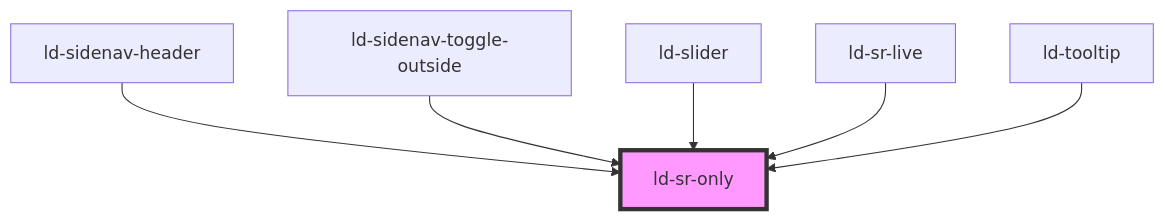
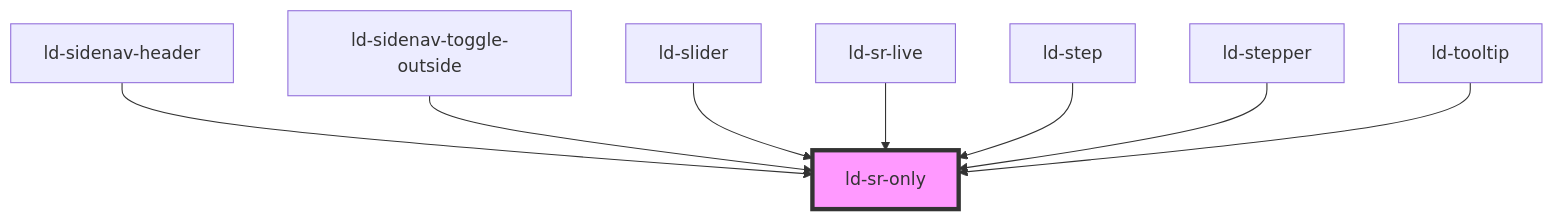
The diagram in src/liquid/components/ld-sr-only/readme.md (emdgroup-liquid/liquid), drawn with Mermaid before and after one commit. The commit also changed other lines of this file and 174 other files, not shown here.

````diff
--- a/src/liquid/components/ld-sr-only/readme.md
+++ b/src/liquid/components/ld-sr-only/readme.md
@@ -53,9 +55,11 @@
 ```mermaid
 graph TD;
   ld-sidenav-header --> ld-sr-only
   ld-sidenav-toggle-outside --> ld-sr-only
   ld-slider --> ld-sr-only
   ld-sr-live --> ld-sr-only
+  ld-step --> ld-sr-only
+  ld-stepper --> ld-sr-only
   ld-tooltip --> ld-sr-only
   style ld-sr-only fill:#f9f,stroke:#333,stroke-width:4px
 ```
````
